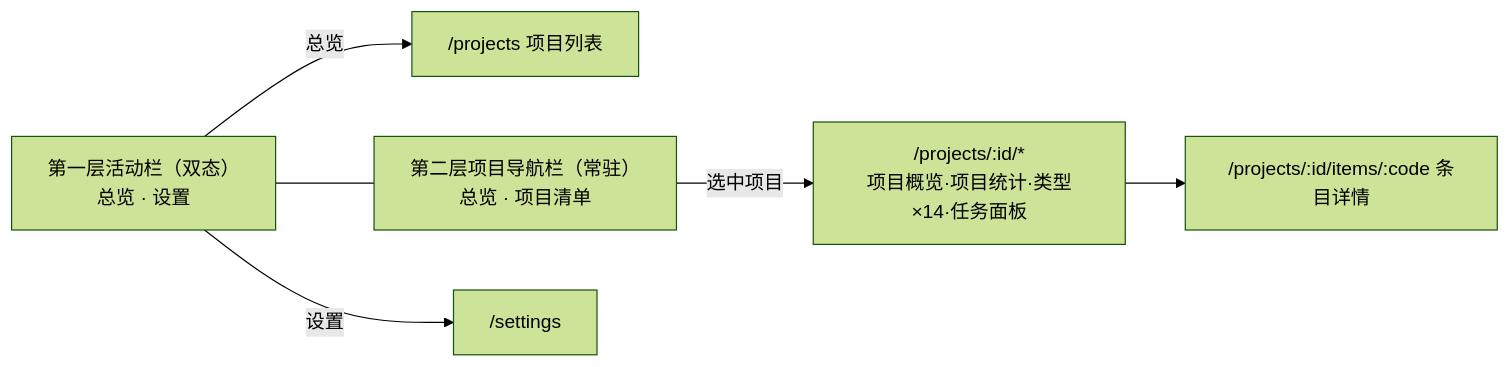
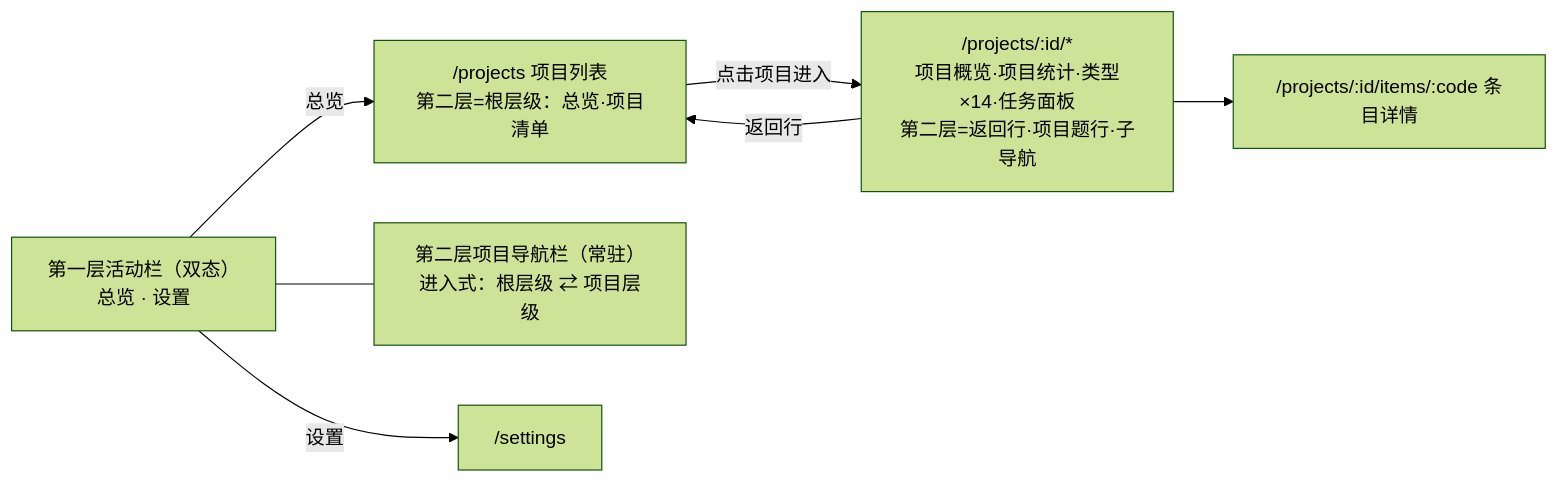
One commit to Kommisaar/relay-harbor changed the diagram in docs/design/05-detailed-design/ui/app-shell.md. Above: the diagram before and after it, drawn with Mermaid (forest theme). The commit also changed other lines of this file and 13 other files, not shown here.

````diff
--- a/docs/design/05-detailed-design/ui/app-shell.md
+++ b/docs/design/05-detailed-design/ui/app-shell.md
@@ -80,8 +92,9 @@
 ```mermaid
 flowchart LR
-    rail["第一层活动栏（双态）<br/>总览 · 设置"] -->|总览| plist["/projects 项目列表"]
-    rail --- side["第二层项目导航栏（常驻）<br/>总览 · 项目清单"]
-    side -->|选中项目| work["/projects/:id/*<br/>项目概览·项目统计·类型×14·任务面板"]
+    rail["第一层活动栏（双态）<br/>总览 · 设置"] -->|总览| plist["/projects 项目列表<br/>第二层=根层级：总览·项目清单"]
+    rail --- side["第二层项目导航栏（常驻）<br/>进入式：根层级 ⇄ 项目层级"]
+    plist -->|点击项目进入| work["/projects/:id/*<br/>项目概览·项目统计·类型×14·任务面板<br/>第二层=返回行·项目题行·子导航"]
+    work -->|返回行| plist
     rail -->|设置| settings["/settings"]
     work --> detail["/projects/:id/items/:code 条目详情"]
 ```
````
